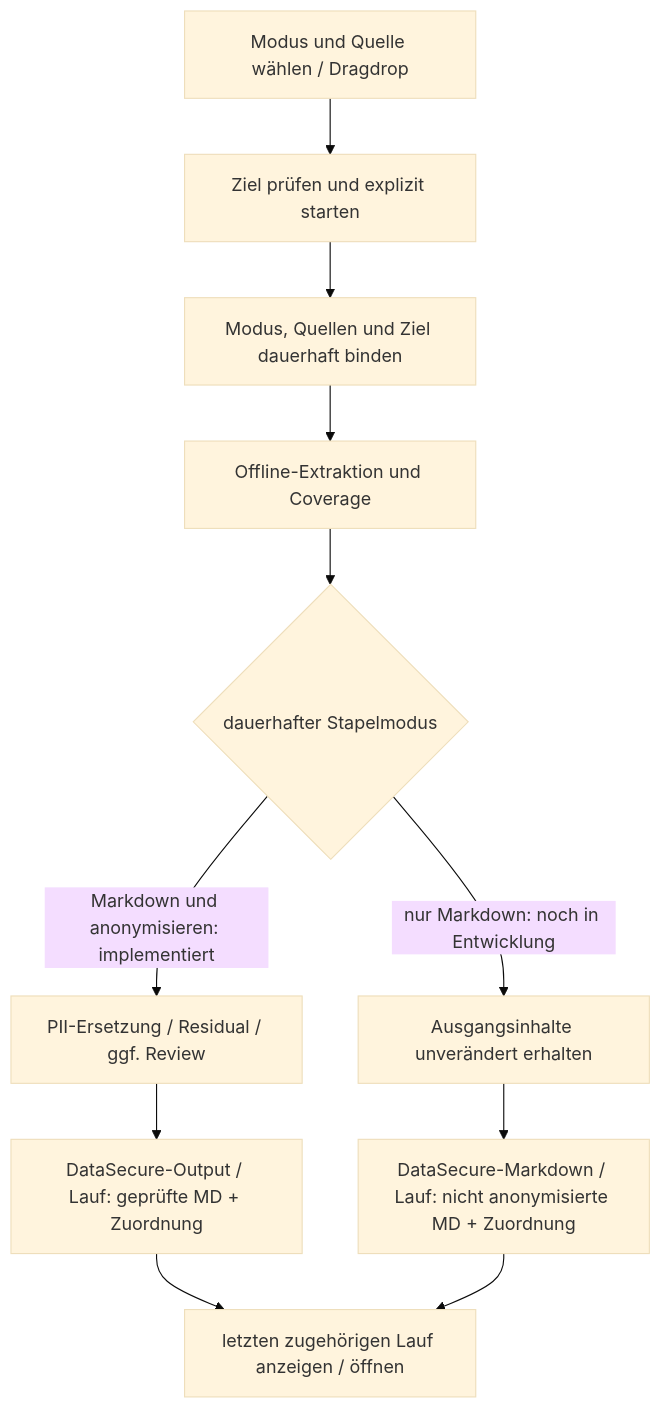
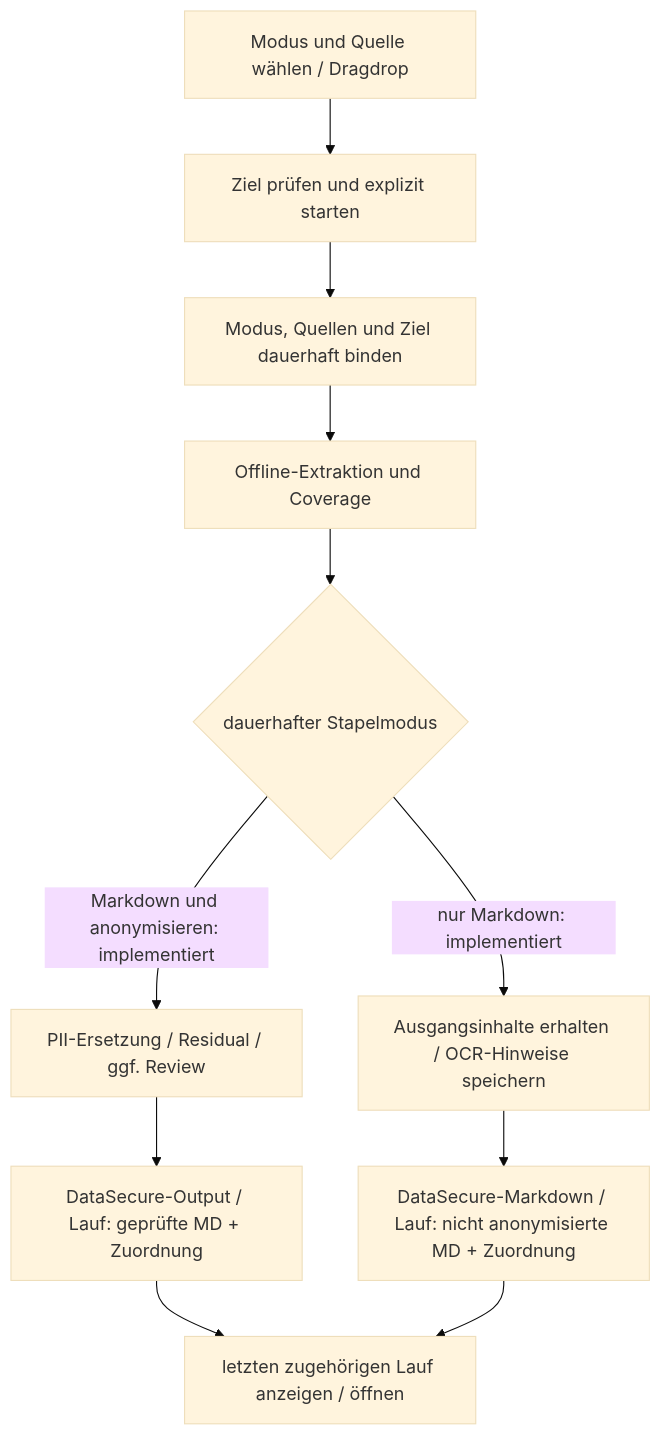
Diagram 14 of 16 in docs/canonical/UML_ARCHITECTURE.md (renepuhlmannarbeit/msg_gbh_DataSecure), drawn with Mermaid (base theme) before and after one commit. The commit also changed other lines of this file and 122 other files, not shown here.

````diff
--- a/docs/canonical/UML_ARCHITECTURE.md
+++ b/docs/canonical/UML_ARCHITECTURE.md
@@ -543,13 +540,13 @@
 ```mermaid
 flowchart TD
   UI[Modus und Quelle wählen / Dragdrop] --> Start[Ziel prüfen und explizit starten]
   Start --> Journal[Modus, Quellen und Ziel dauerhaft binden]
   Journal --> Parse[Offline-Extraktion und Coverage]
   Parse --> Choice{dauerhafter Stapelmodus}
   Choice -->|Markdown und anonymisieren: implementiert| PII[PII-Ersetzung / Residual / ggf. Review]
   PII --> Anon[DataSecure-Output / Lauf: geprüfte MD + Zuordnung]
-  Choice -->|nur Markdown: noch in Entwicklung| Plain[Ausgangsinhalte unverändert erhalten]
+  Choice -->|nur Markdown: implementiert| Plain[Ausgangsinhalte erhalten / OCR-Hinweise speichern]
   Plain --> MD[DataSecure-Markdown / Lauf: nicht anonymisierte MD + Zuordnung]
   Anon --> Result[letzten zugehörigen Lauf anzeigen / öffnen]
   MD --> Result
 ```
````
